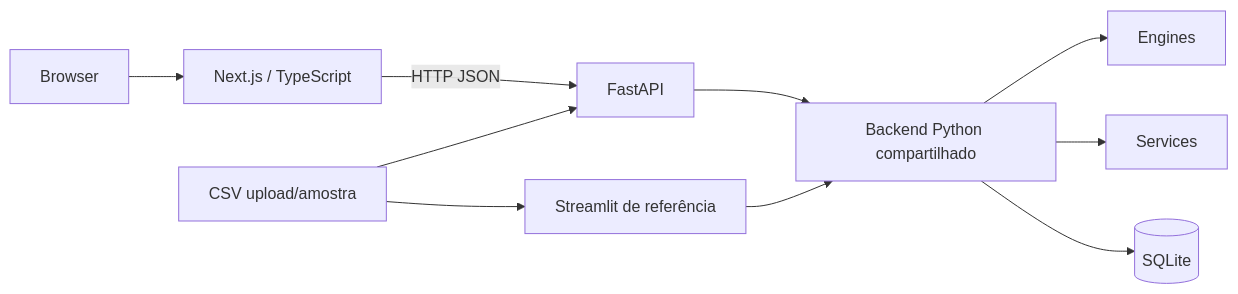
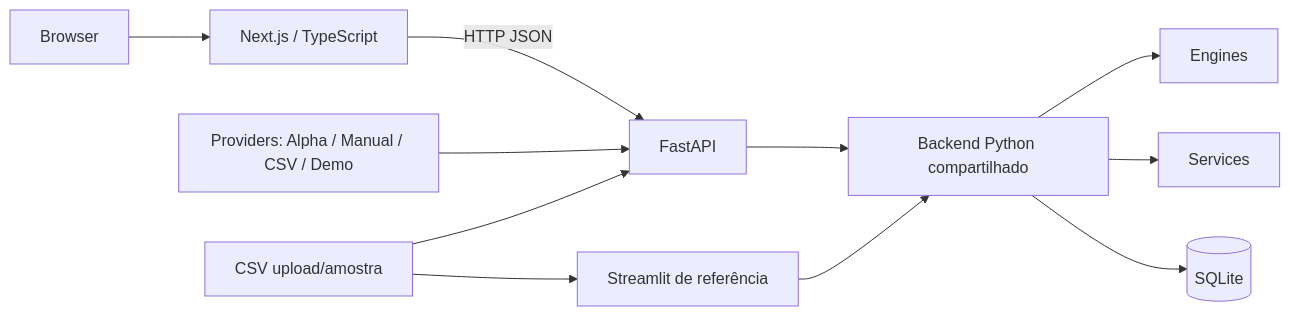
Before and after one commit to Muriloliloo/xau-ai-terminal-v4: the diagram in docs/ARCHITECTURE.md, drawn with Mermaid. The commit also changed other lines of this file and 52 other files, not shown here.

````diff
--- a/docs/ARCHITECTURE.md
+++ b/docs/ARCHITECTURE.md
@@ -11,12 +11,13 @@
 ```mermaid
 flowchart LR
     BROWSER["Browser"] --> NEXT["Next.js / TypeScript"]
     NEXT -->|HTTP JSON| API["FastAPI"]
     STREAMLIT["Streamlit de referência"] --> DOMAIN["Backend Python compartilhado"]
     API --> DOMAIN
     DOMAIN --> CORE["Engines"]
     DOMAIN --> SERVICES["Services"]
     DOMAIN --> DB[("SQLite")]
+    PROVIDERS["Providers: Alpha / Manual / CSV / Demo"] --> API
     CSV["CSV upload/amostra"] --> API
     CSV --> STREAMLIT
 ```
````
